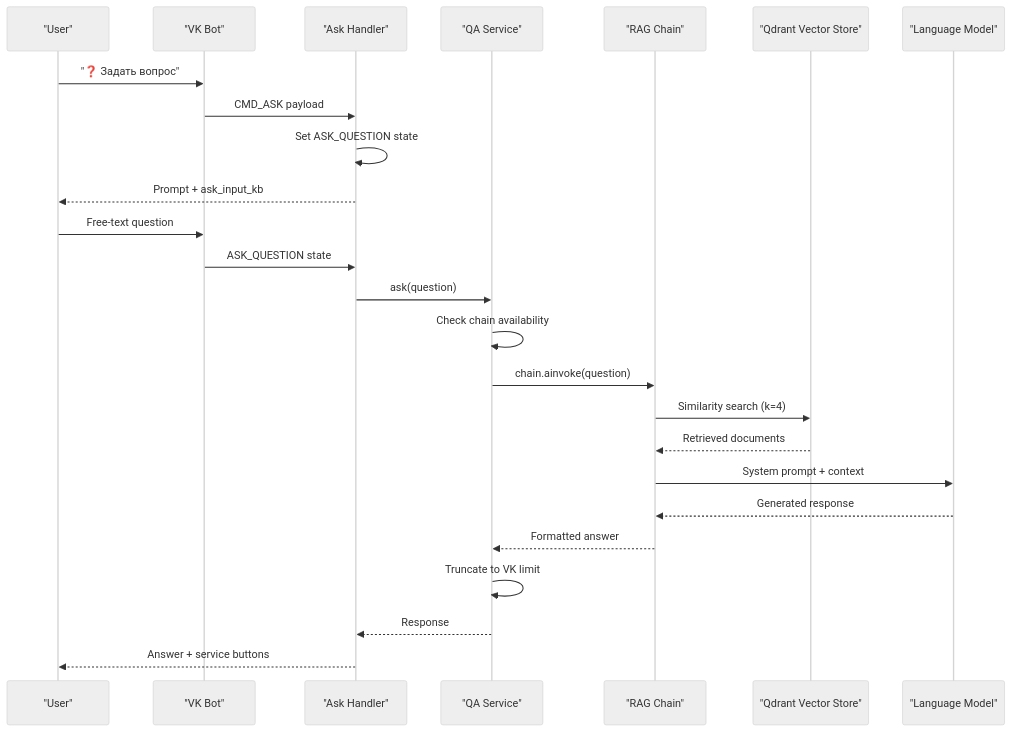
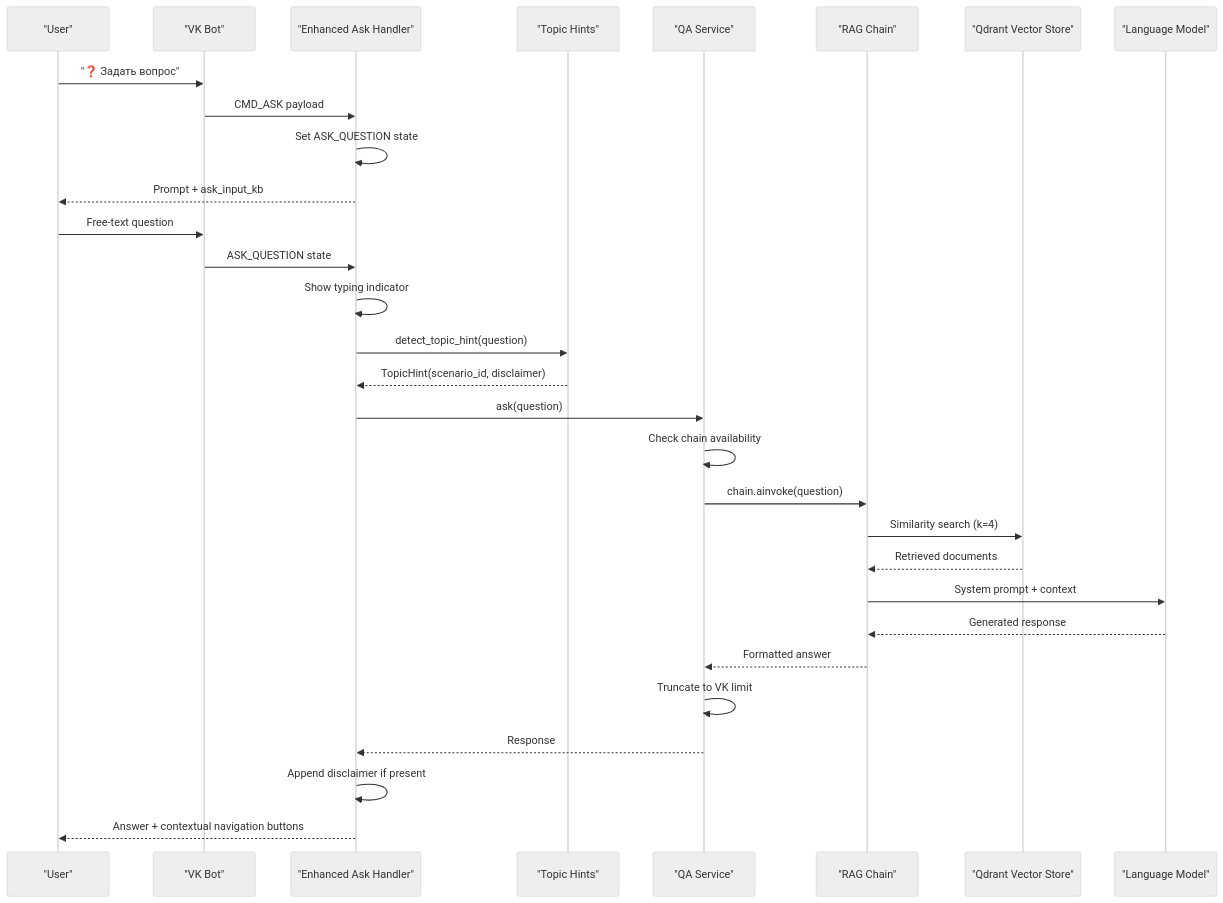
Before and after one commit to ognelis/cafetera_hr_bot: the second of 12 diagrams in .qoder/repowiki/en/content/RAG Integration.md, drawn with Mermaid (neutral theme). The commit also changed other lines of this file and 10 other files, not shown here.

````diff
--- a/.qoder/repowiki/en/content/RAG Integration.md
+++ b/.qoder/repowiki/en/content/RAG Integration.md
@@ -144,27 +169,32 @@
 ```mermaid
 sequenceDiagram
 participant User as "User"
 participant VKBot as "VK Bot"
-participant AskHandler as "Ask Handler"
+participant AskHandler as "Enhanced Ask Handler"
+participant TopicHints as "Topic Hints"
 participant QAService as "QA Service"
 participant RAGChain as "RAG Chain"
 participant Qdrant as "Qdrant Vector Store"
 participant LLM as "Language Model"
 User->>VKBot : "❓ Задать вопрос"
 VKBot->>AskHandler : CMD_ASK payload
 AskHandler->>AskHandler : Set ASK_QUESTION state
 AskHandler-->>User : Prompt + ask_input_kb
 User->>VKBot : Free-text question
 VKBot->>AskHandler : ASK_QUESTION state
+AskHandler->>AskHandler : Show typing indicator
+AskHandler->>TopicHints : detect_topic_hint(question)
+TopicHints-->>AskHandler : TopicHint(scenario_id, disclaimer)
 AskHandler->>QAService : ask(question)
 QAService->>QAService : Check chain availability
 QAService->>RAGChain : chain.ainvoke(question)
 RAGChain->>Qdrant : Similarity search (k=4)
 Qdrant-->>RAGChain : Retrieved documents
 RAGChain->>LLM : System prompt + context
 LLM-->>RAGChain : Generated response
 RAGChain-->>QAService : Formatted answer
 QAService->>QAService : Truncate to VK limit
 QAService-->>AskHandler : Response
-AskHandler-->>User : Answer + service buttons
+AskHandler->>AskHandler : Append disclaimer if present
+AskHandler-->>User : Answer + contextual navigation buttons
 ```
````
